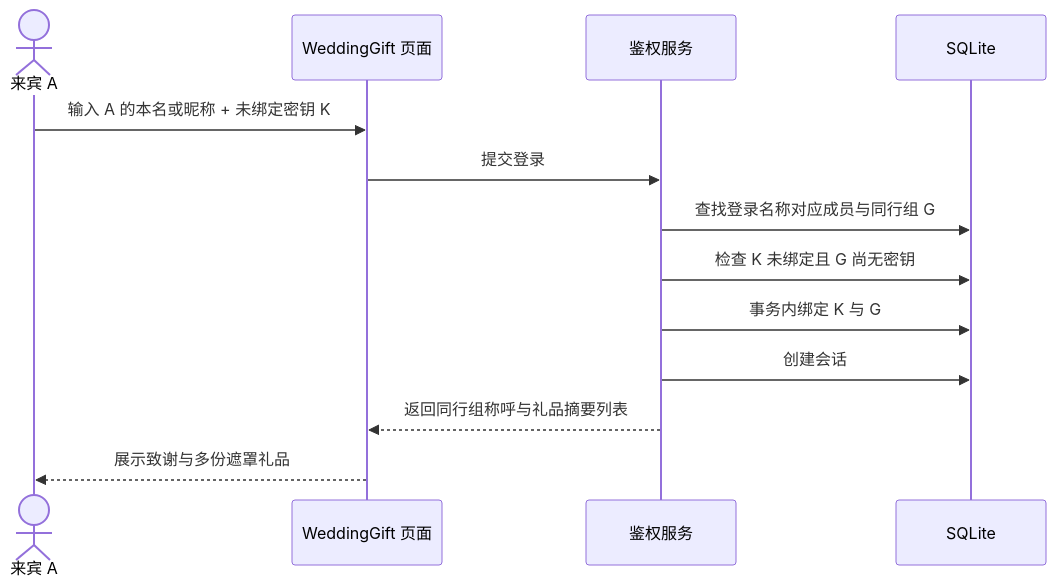
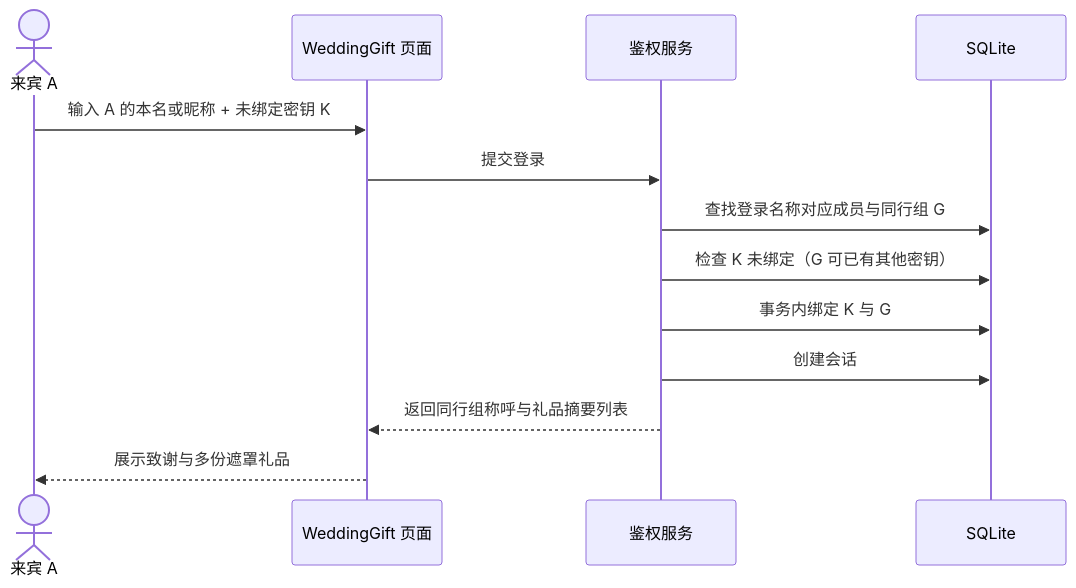
One commit to stdmkmehp/WeddingGift changed the third of 4 diagrams in docs/01-product-architecture.md. Above: the diagram before and after it, drawn with Mermaid. The commit also changed other lines of this file and 27 other files, not shown here.

````diff
--- a/docs/01-product-architecture.md
+++ b/docs/01-product-architecture.md
@@ -150,16 +150,16 @@
 ```mermaid
 sequenceDiagram
     actor Guest as 来宾 A
     participant Web as WeddingGift 页面
     participant Service as 鉴权服务
     participant Data as SQLite
 
     Guest->>Web: 输入 A 的本名或昵称 + 未绑定密钥 K
     Web->>Service: 提交登录
     Service->>Data: 查找登录名称对应成员与同行组 G
-    Service->>Data: 检查 K 未绑定且 G 尚无密钥
+    Service->>Data: 检查 K 未绑定（G 可已有其他密钥）
     Service->>Data: 事务内绑定 K 与 G
     Service->>Data: 创建会话
     Service-->>Web: 返回同行组称呼与礼品摘要列表
     Web-->>Guest: 展示致谢与多份遮罩礼品
 ```
````
